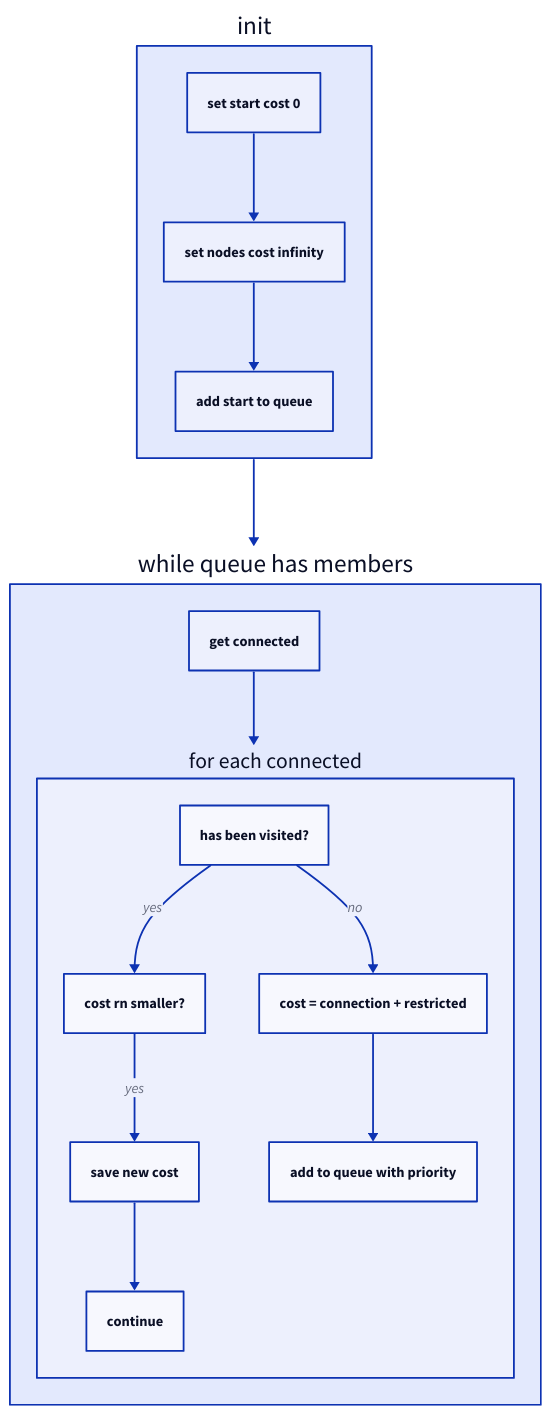
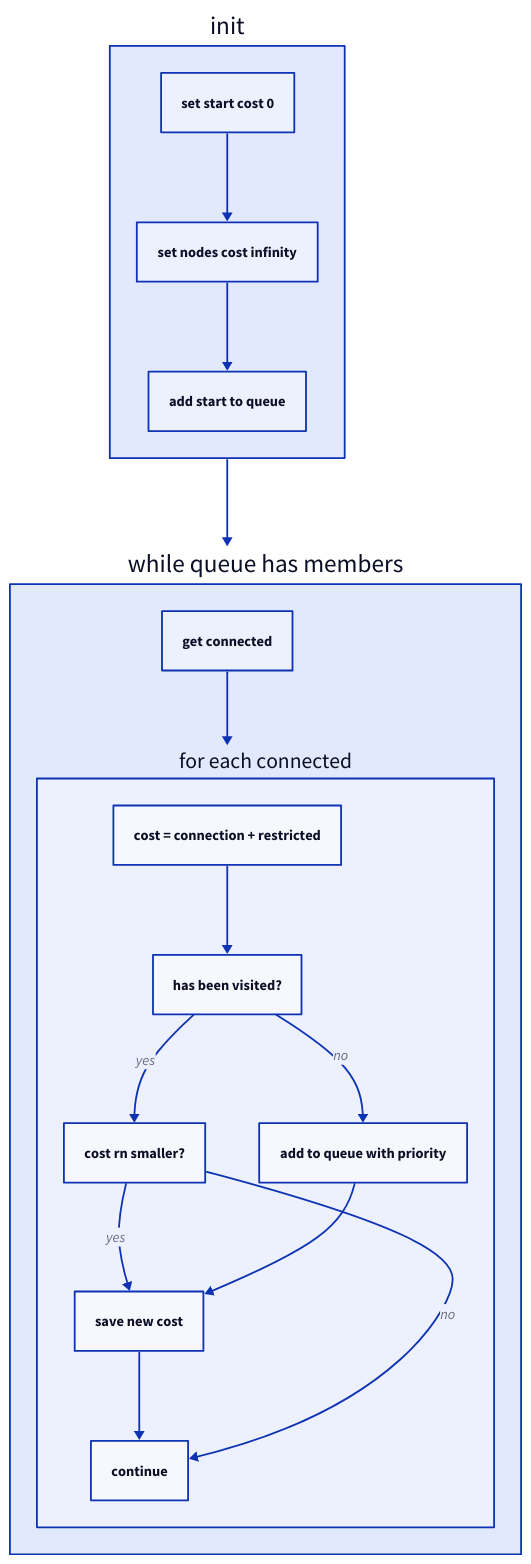
One commit to codingvivi/42-fly_in changed the diagram in docs/notes/dijkstra.d2. Above: the diagram before and after it, drawn with D2. The commit also changed 3 other files, not shown here.

```diff
--- a/docs/notes/dijkstra.d2
+++ b/docs/notes/dijkstra.d2
@@ -1,18 +1,19 @@
 init.{
   set start cost 0-> set nodes cost infinity -> add start to queue
 }
 
 init -> while queue has members
 
 while queue has members.{
   get connected-> for each connected
 
   for each connected.{
-  
+    cost = connection + restricted -> has been visited?
     has been visited? -> cost rn smaller? -> save new cost :yes
     save new cost -> continue
+    cost rn smaller? -> continue : no
 
-    has been visited?-> cost = connection + restricted: no
-    cost = connection + restricted -> add to queue with priority
+    has been visited?-> add to queue with priority : no
+    add to queue with priority -> save new cost
   }
 }
```
